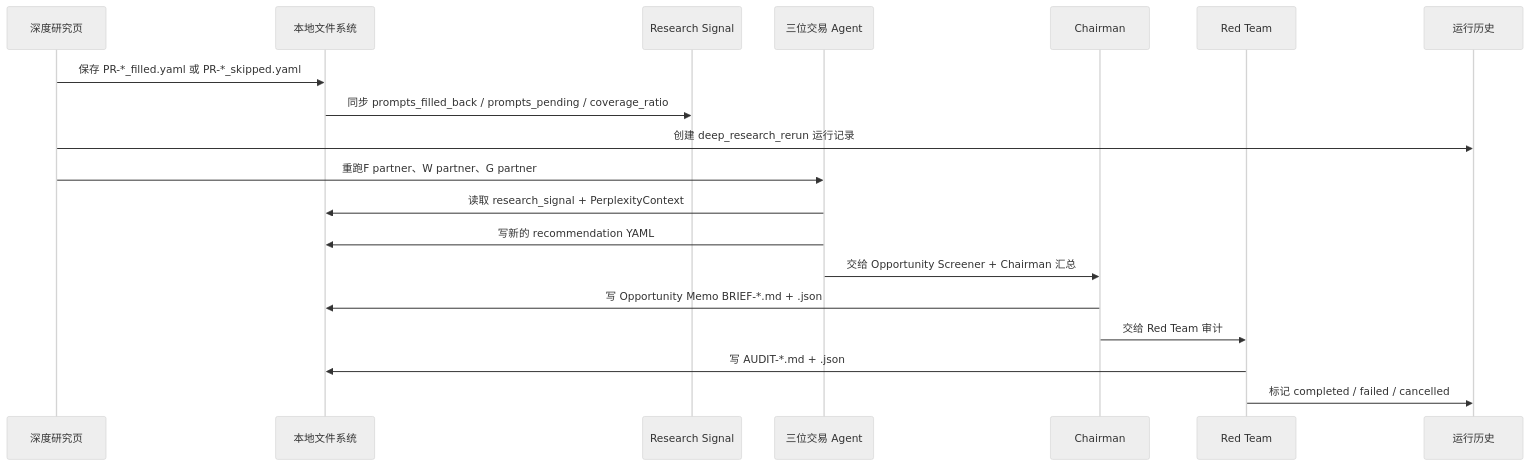
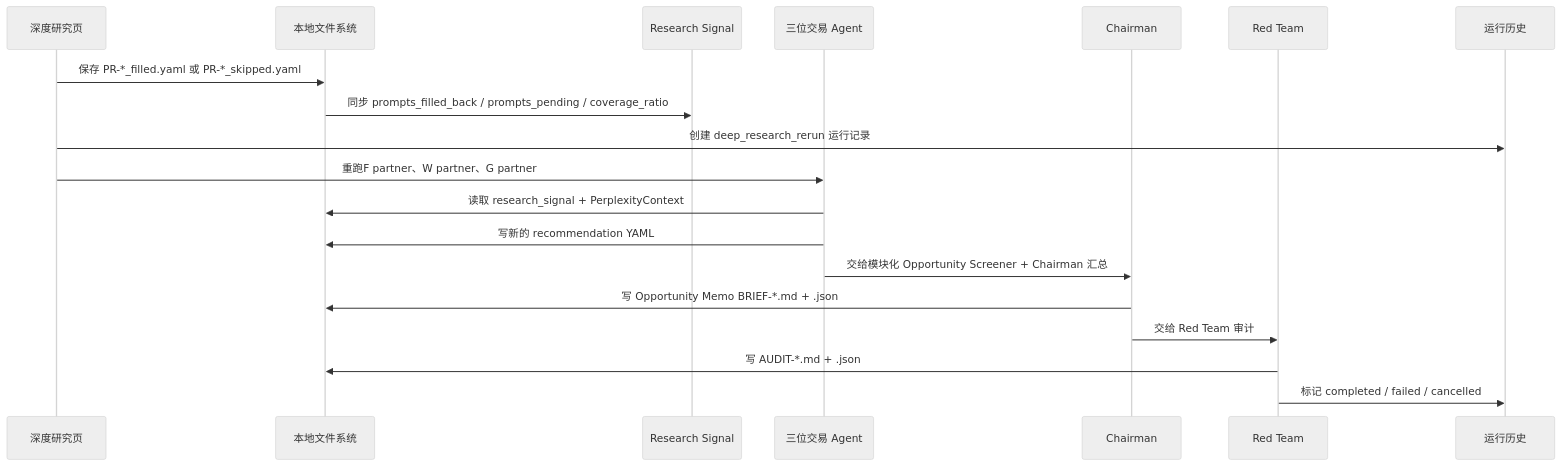
Before and after one commit to amanayayatu-tech/ksana: the seventh of 7 diagrams in SYSTEM_FLOW.md, drawn with Mermaid (neutral theme). The commit also changed other lines of this file and 21 other files, not shown here.

Commit message:
Modularize opportunity screener calibration

````diff
--- a/SYSTEM_FLOW.md
+++ b/SYSTEM_FLOW.md
@@ -228,22 +232,22 @@
 ```mermaid
 sequenceDiagram
     participant UI as 深度研究页
     participant File as 本地文件系统
     participant Signal as Research Signal
     participant Agents as 三位交易 Agent
     participant Chairman as Chairman
     participant Red as Red Team
     participant History as 运行历史
 
     UI->>File: 保存 PR-*_filled.yaml 或 PR-*_skipped.yaml
     File->>Signal: 同步 prompts_filled_back / prompts_pending / coverage_ratio
     UI->>History: 创建 deep_research_rerun 运行记录
     UI->>Agents: 重跑F partner、W partner、G partner
     Agents->>File: 读取 research_signal + PerplexityContext
     Agents->>File: 写新的 recommendation YAML
-    Agents->>Chairman: 交给 Opportunity Screener + Chairman 汇总
+    Agents->>Chairman: 交给模块化 Opportunity Screener + Chairman 汇总
     Chairman->>File: 写 Opportunity Memo BRIEF-*.md + .json
     Chairman->>Red: 交给 Red Team 审计
     Red->>File: 写 AUDIT-*.md + .json
     Red->>History: 标记 completed / failed / cancelled
 ```
````
